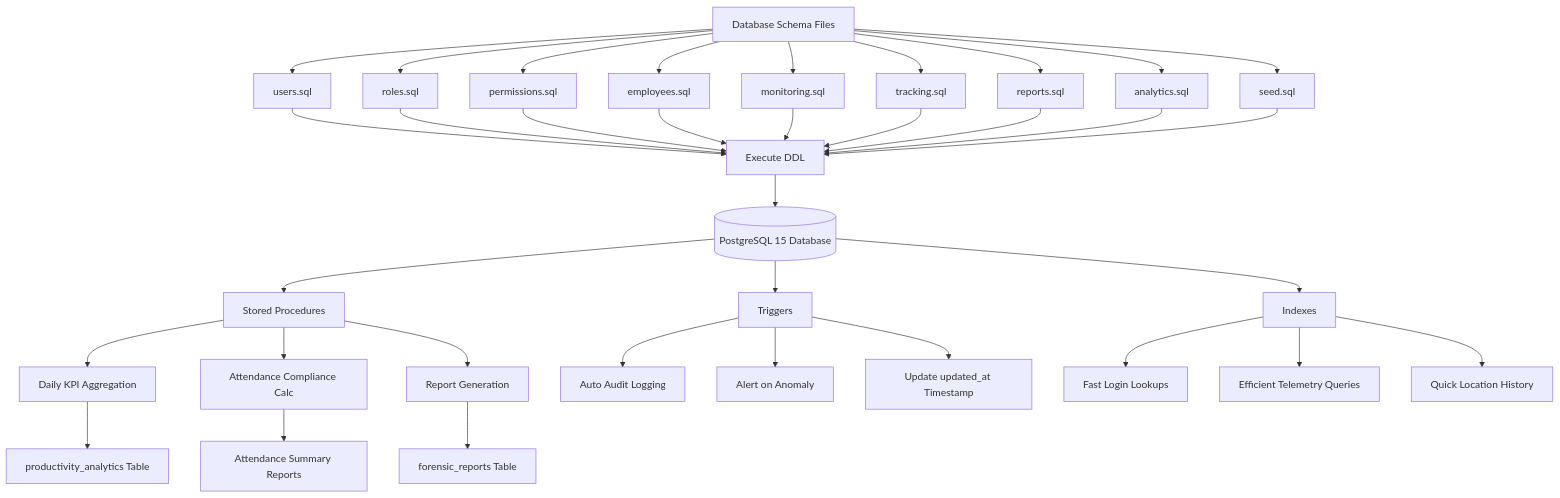
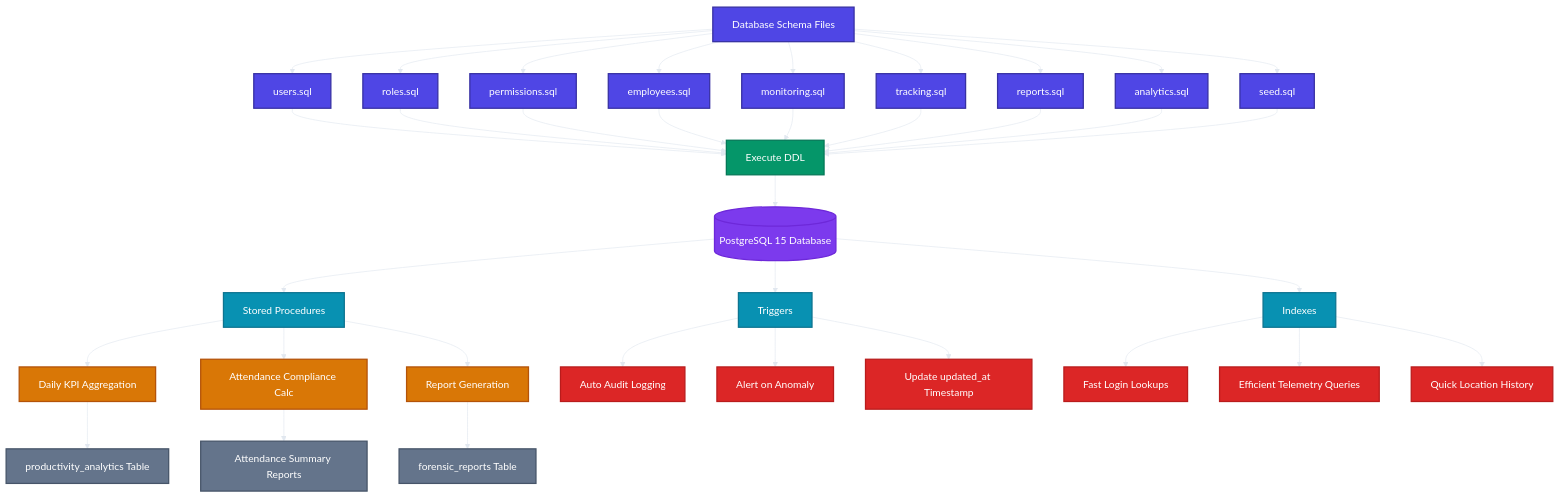
Before and after one commit to GaganCB2002/WorkSphere-Enterprise-Grade-Activity-Intelligence_V1: the fifth of 12 diagrams in project_overview/FLOW_DIAGRAMS.md, drawn with Mermaid. The commit also changed other lines of this file and 2 other files, not shown here.

````diff
--- a/project_overview/FLOW_DIAGRAMS.md
+++ b/project_overview/FLOW_DIAGRAMS.md
@@ -305,44 +337,63 @@
 ```mermaid
+%%{init: {'theme':'base', 'themeVariables': {'primaryColor': '#1a1a2e', 'primaryTextColor': '#ffffff', 'lineColor': '#e2e8f0'}}}%%
 flowchart TD
+
+    classDef schema fill:#4f46e5,stroke:#3730a3,color:#fff,stroke-width:2px
+    classDef action fill:#059669,stroke:#047857,color:#fff,stroke-width:2px
+    classDef db fill:#7c3aed,stroke:#6d28d9,color:#fff,stroke-width:2px
+    classDef proc fill:#0891b2,stroke:#0e7490,color:#fff,stroke-width:2px
+    classDef trig fill:#d97706,stroke:#b45309,color:#fff,stroke-width:2px
+    classDef idx fill:#dc2626,stroke:#b91c1c,color:#fff,stroke-width:2px
+    classDef output fill:#64748b,stroke:#475569,color:#fff,stroke-width:2px
+
     A[Database Schema Files] --> B[users.sql]
     A --> C[roles.sql]
     A --> D[permissions.sql]
     A --> E[employees.sql]
     A --> F[monitoring.sql]
     A --> G[tracking.sql]
     A --> H[reports.sql]
     A --> I[analytics.sql]
     A --> J[seed.sql]
 
     B --> K[Execute DDL]
     C --> K
     D --> K
     E --> K
     F --> K
     G --> K
     H --> K
     I --> K
     J --> K
 
     K --> L[(PostgreSQL 15 Database)]
 
     L --> M[Stored Procedures]
     L --> N[Triggers]
     L --> O[Indexes]
 
     M --> P[Daily KPI Aggregation]
     M --> Q[Attendance Compliance Calc]
     M --> R[Report Generation]
 
     N --> S[Auto Audit Logging]
     N --> T[Alert on Anomaly]
     N --> U[Update updated_at Timestamp]
 
     O --> V[Fast Login Lookups]
     O --> W[Efficient Telemetry Queries]
     O --> X[Quick Location History]
 
     P --> Y[productivity_analytics Table]
     Q --> Z[Attendance Summary Reports]
     R --> AA[forensic_reports Table]
+
+    class A,B,C,D,E,F,G,H,I,J schema
+    class K action
+    class L db
+    class M,N,O proc
+    class P,Q,R trig
+    class S,T,U idx
+    class V,W,X idx
+    class Y,Z,AA output
 ```
````
